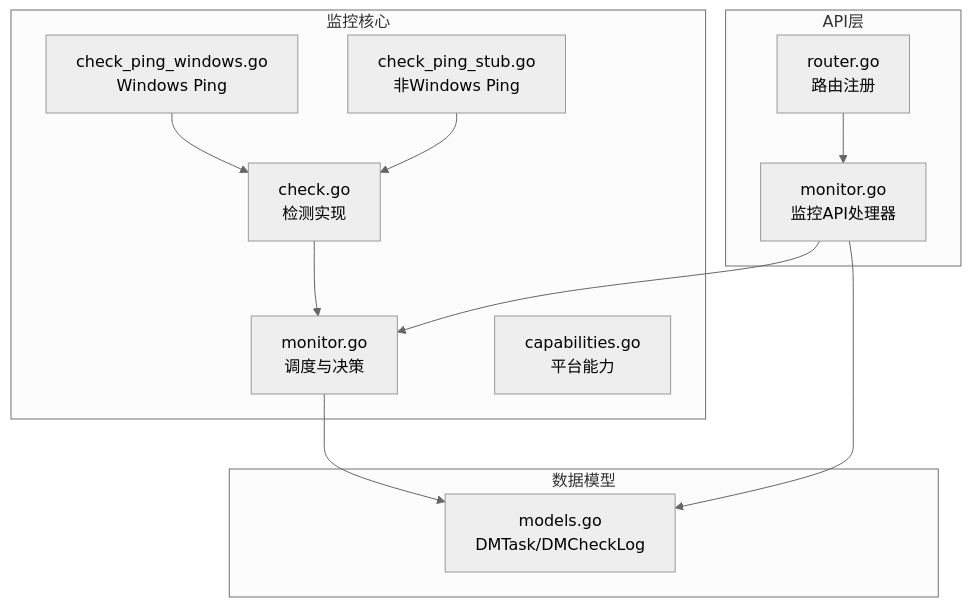
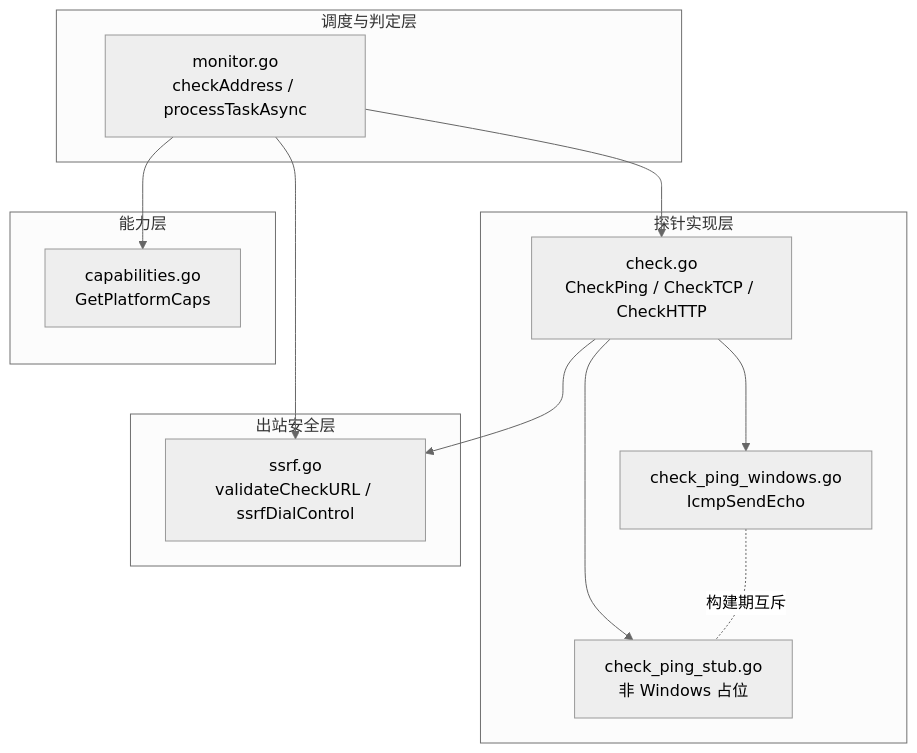
The first of 7 diagrams in docs/监控告警系统/健康检查机制.md (x01n/dnsplane), drawn with Mermaid (neutral theme) before and after one commit. The commit also changed other lines of this file and 326 other files, not shown here.

````diff
--- a/docs/监控告警系统/健康检查机制.md
+++ b/docs/监控告警系统/健康检查机制.md
@@ -42,24 +72,24 @@
 ```mermaid
 graph TB
-subgraph "监控核心"
-M1["check.go<br/>检测实现"]
-M2["check_ping_windows.go<br/>Windows Ping"]
-M3["check_ping_stub.go<br/>非Windows Ping"]
-M4["monitor.go<br/>调度与决策"]
-M5["capabilities.go<br/>平台能力"]
-end
-subgraph "数据模型"
-D1["models.go<br/>DMTask/DMCheckLog"]
-end
-subgraph "API层"
-A1["monitor.go<br/>监控API处理器"]
-R1["router.go<br/>路由注册"]
-end
-M1 --> M4
-M2 --> M1
-M3 --> M1
-M4 --> D1
-A1 --> D1
-A1 --> M4
-R1 --> A1
+    subgraph SCHED["调度与判定层"]
+        MO["monitor.go<br/>checkAddress / processTaskAsync"]
+    end
+    subgraph PROBE["探针实现层"]
+        CK["check.go<br/>CheckPing / CheckTCP / CheckHTTP"]
+        PW["check_ping_windows.go<br/>IcmpSendEcho"]
+        PS["check_ping_stub.go<br/>非 Windows 占位"]
+    end
+    subgraph GUARD["出站安全层"]
+        SF["ssrf.go<br/>validateCheckURL / ssrfDialControl"]
+    end
+    subgraph CAP["能力层"]
+        CA["capabilities.go<br/>GetPlatformCaps"]
+    end
+    MO --> CK
+    MO --> SF
+    MO --> CA
+    CK --> PW
+    CK --> PS
+    CK --> SF
+    PW -. "构建期互斥" .- PS
 ```
````
